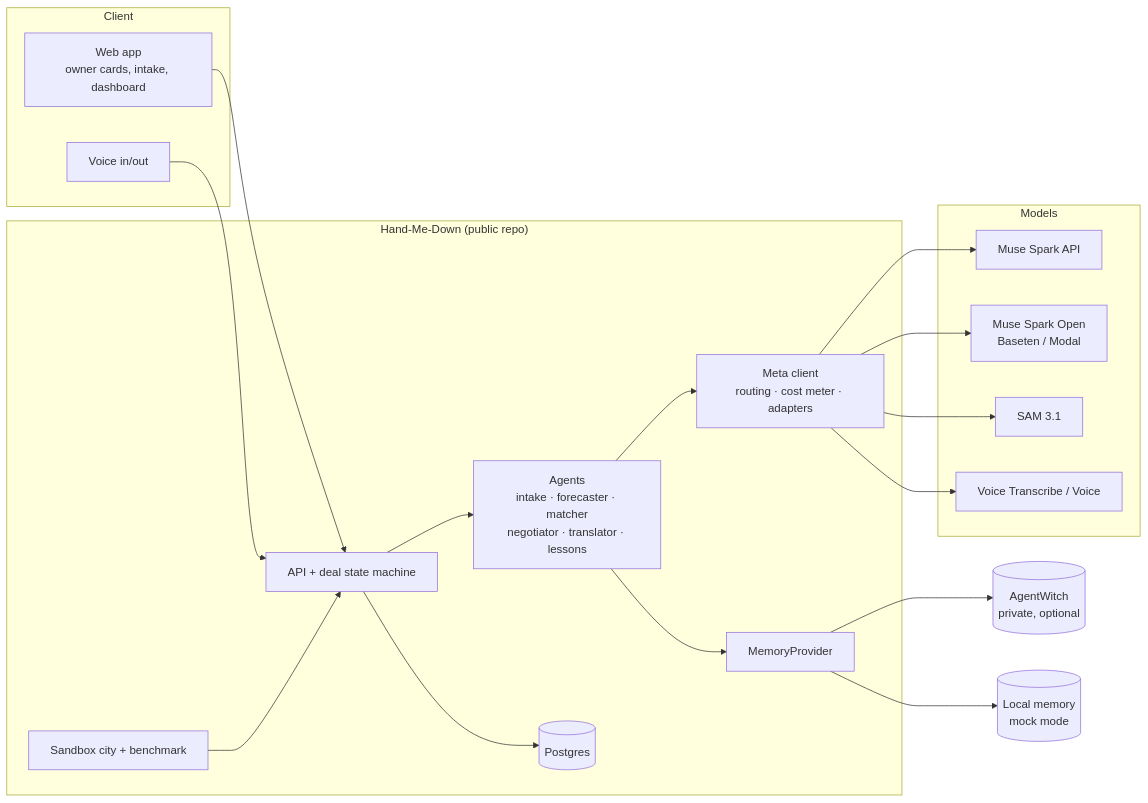
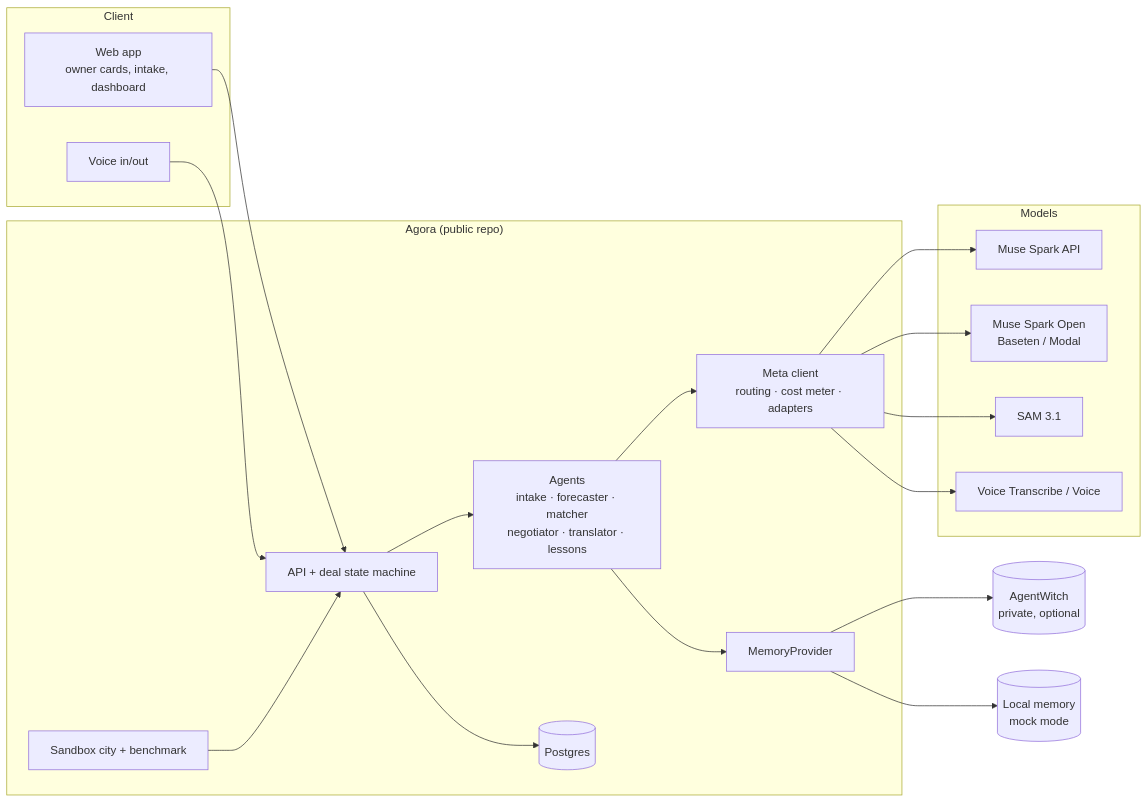
One commit to thiennp/agora changed the diagram in docs/ARCHITECTURE.md. Above: the diagram before and after it, drawn with Mermaid. The commit also changed other lines of this file and 6 other files, not shown here.

Commit message:
chore: rename to Agora and frame it as a platform with a kids' gear example app

````diff
--- a/docs/ARCHITECTURE.md
+++ b/docs/ARCHITECTURE.md
@@ -21,36 +21,36 @@
 ```mermaid
 flowchart LR
   subgraph Client
     UI[Web app\nowner cards, intake, dashboard]
     VOICE[Voice in/out]
   end
-  subgraph Platform["Hand-Me-Down (public repo)"]
+  subgraph Platform["Agora (public repo)"]
     API[API + deal state machine]
     AG[Agents\nintake · forecaster · matcher\nnegotiator · translator · lessons]
     META[Meta client\nrouting · cost meter · adapters]
     MEM[MemoryProvider]
     DB[(Postgres)]
     SIM[Sandbox city + benchmark]
   end
   subgraph Models
     SPARK[Muse Spark API]
     OPEN[Muse Spark Open\nBaseten / Modal]
     SAM[SAM 3.1]
     VT[Voice Transcribe / Voice]
   end
   AW[(AgentWitch\nprivate, optional)]
   LOCAL[(Local memory\nmock mode)]
 
   UI --> API
   VOICE --> API
   API --> AG --> META
   META --> SPARK
   META --> OPEN
   META --> SAM
   META --> VT
   API --> DB
   AG --> MEM
   MEM --> AW
   MEM --> LOCAL
   SIM --> API
 ```
````
